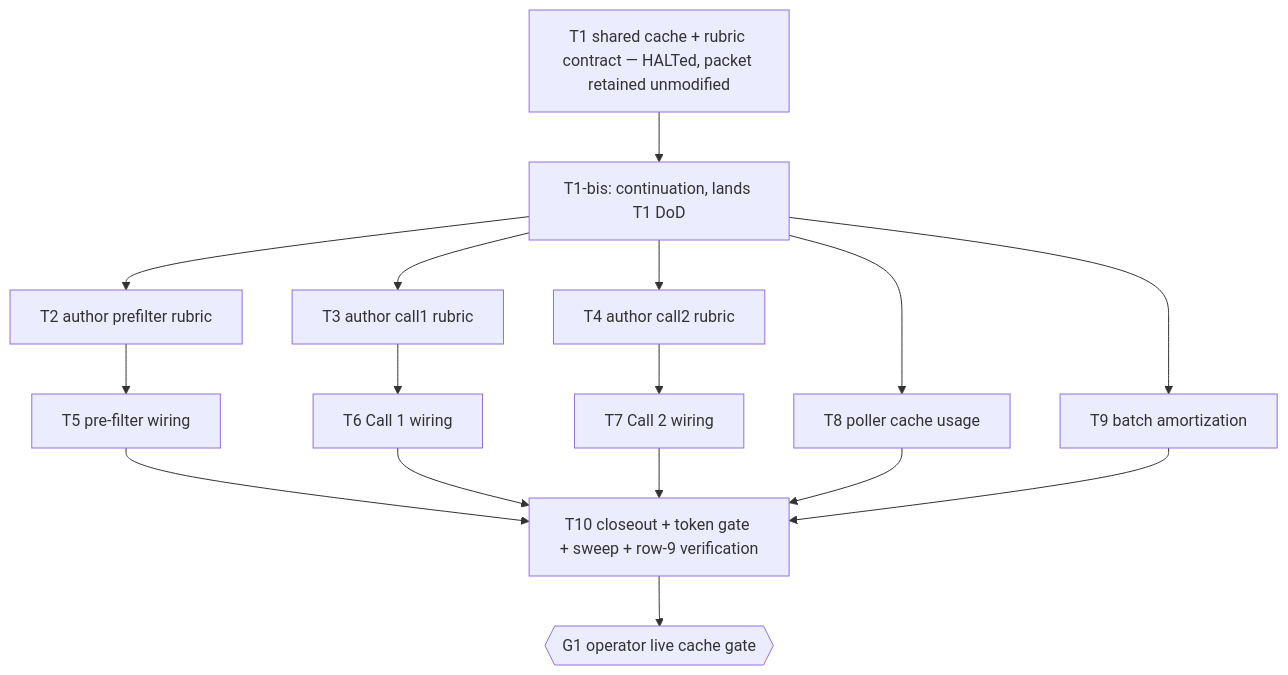
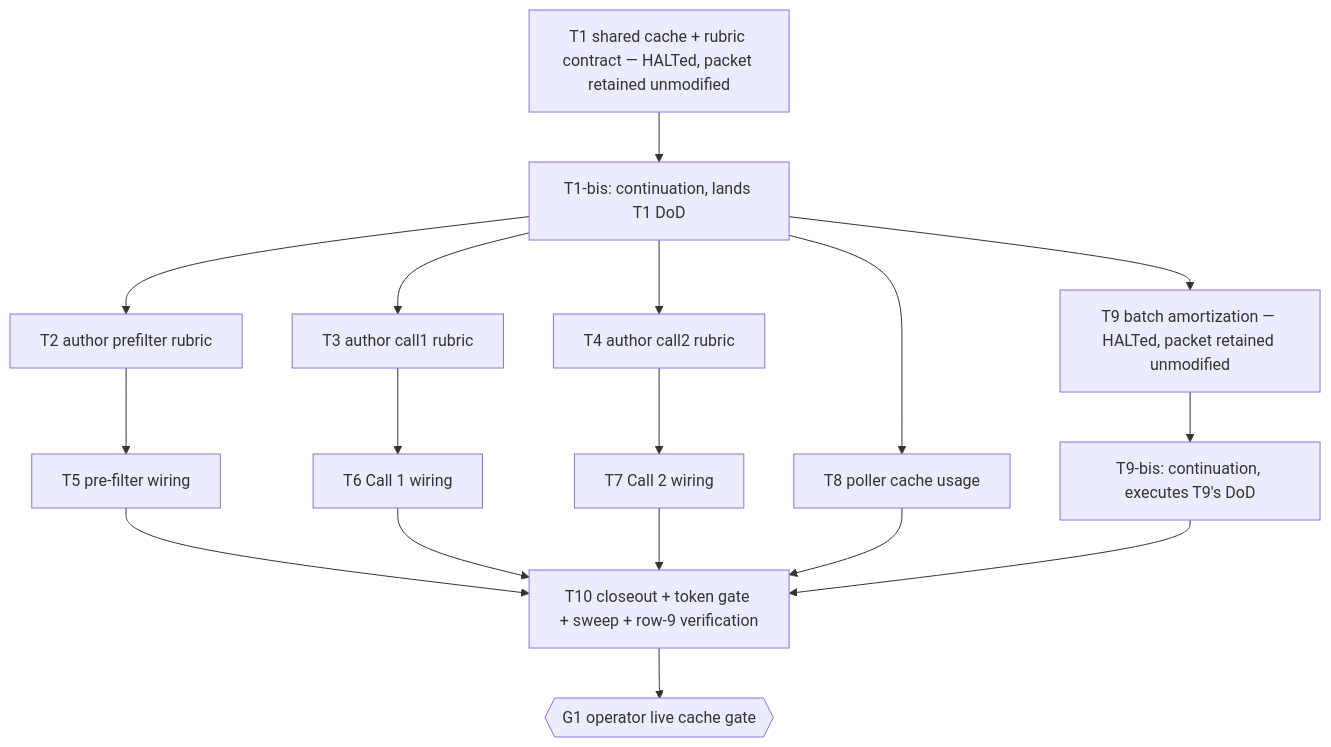
One commit to naaas94/BISHOP changed the diagram in .dev/plans/prompt-caching/plan.md. Above: the diagram before and after it, drawn with Mermaid. The commit also changed other lines of this file and 10 other files, not shown here.

````diff
--- a/.dev/plans/prompt-caching/plan.md
+++ b/.dev/plans/prompt-caching/plan.md
@@ -193,18 +197,19 @@
 ```mermaid
 graph TD
     T1[T1 shared cache + rubric contract — HALTed, packet retained unmodified] --> T1bis[T1-bis: continuation, lands T1 DoD]
     T1bis --> T2[T2 author prefilter rubric]
     T1bis --> T3[T3 author call1 rubric]
     T1bis --> T4[T4 author call2 rubric]
     T1bis --> T8[T8 poller cache usage]
-    T1bis --> T9[T9 batch amortization]
+    T1bis --> T9[T9 batch amortization — HALTed, packet retained unmodified]
+    T9 --> T9bis[T9-bis: continuation, executes T9's DoD]
     T2 --> T5[T5 pre-filter wiring]
     T3 --> T6[T6 Call 1 wiring]
     T4 --> T7[T7 Call 2 wiring]
     T5 --> T10[T10 closeout + token gate + sweep + row-9 verification]
     T6 --> T10
     T7 --> T10
     T8 --> T10
-    T9 --> T10
+    T9bis --> T10
     T10 --> G1{{G1 operator live cache gate}}
 ```
````
